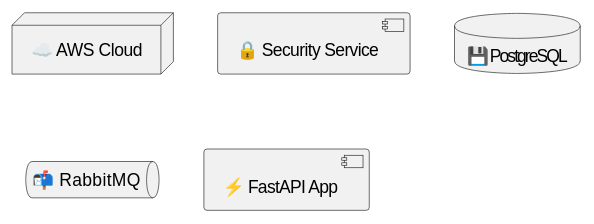
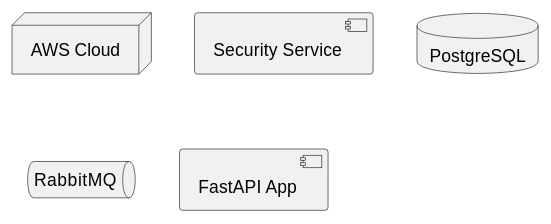
The first of 5 diagrams in README.md (tafk7/plantuml), drawn with PlantUML before and after one commit. The commit also changed other lines of this file, not shown here.

````diff
--- a/README.md
+++ b/README.md
@@ -69,7 +124,7 @@
 ```puml
-node "☁️ AWS Cloud" as aws
-component "🔒 Security Service" as security
-database "💾 PostgreSQL" as db
-queue "📬 RabbitMQ" as mq
-component "⚡ FastAPI App" as api
+node "AWS Cloud" as aws
+component "Security Service" as security
+database "PostgreSQL" as db
+queue "RabbitMQ" as mq
+component "FastAPI App" as api
 ```
````
